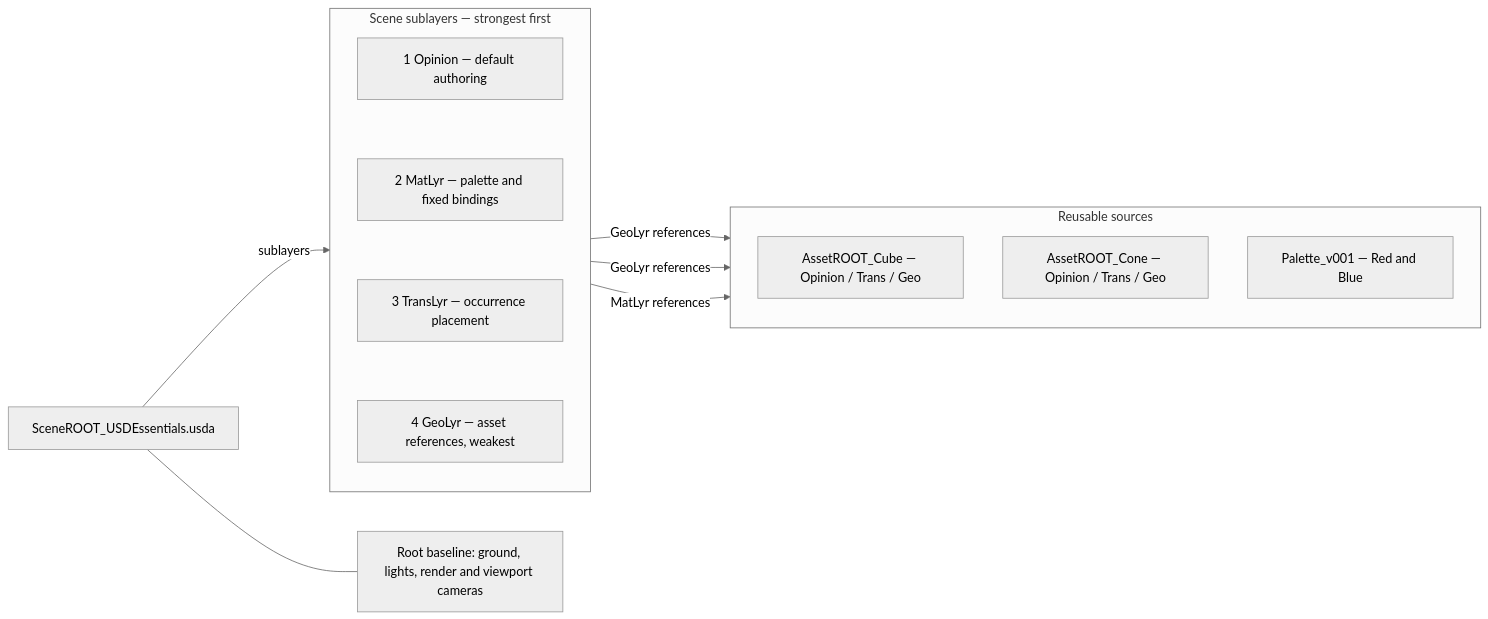
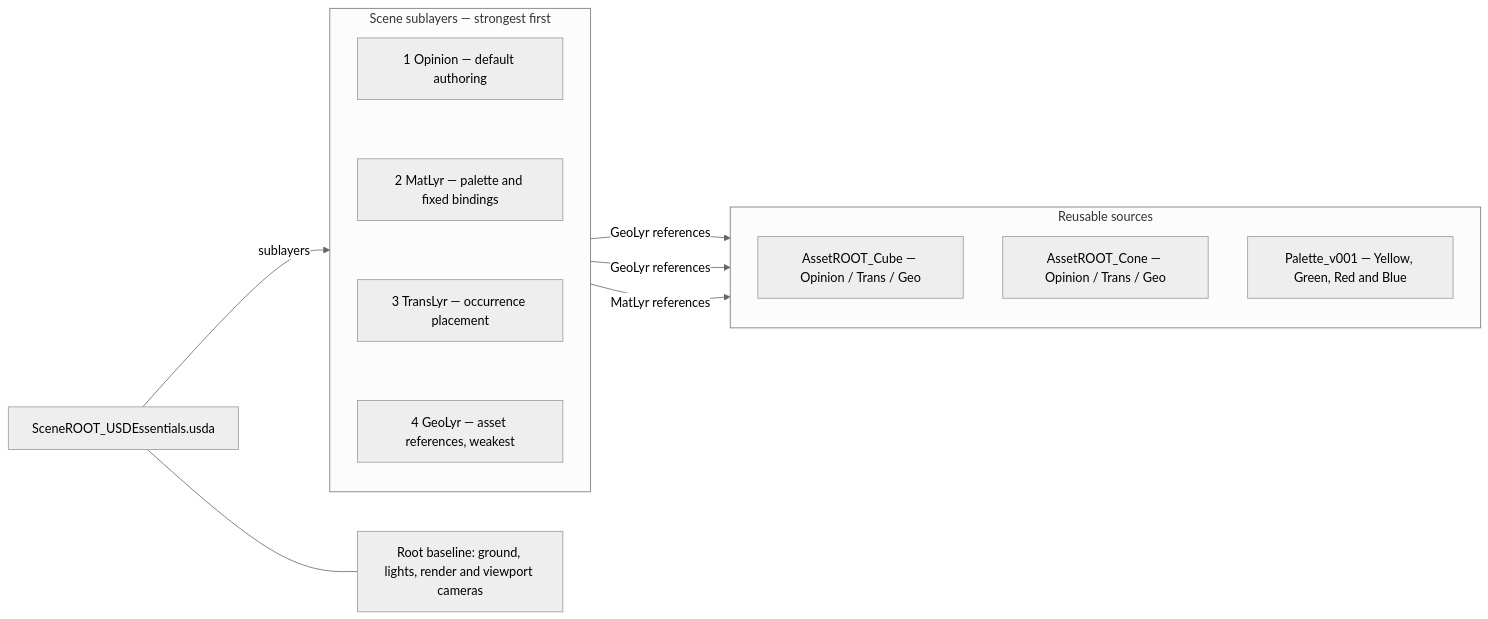
One commit to jph2/OpenUSD_GoodStart_CompositionContract changed the diagram in examples/02_USDEssentials_Minimal/README.md. Above: the diagram before and after it, drawn with Mermaid (neutral theme). The commit also changed other lines of this file and 11 other files, not shown here.

````diff
--- a/examples/02_USDEssentials_Minimal/README.md
+++ b/examples/02_USDEssentials_Minimal/README.md
@@ -86,26 +106,26 @@
 ```mermaid
 flowchart LR
     R["SceneROOT_USDEssentials.usda"]
     subgraph STACK["Scene sublayers — strongest first"]
         direction TB
         O["1 Opinion — default authoring"]
         M["2 MatLyr — palette and fixed bindings"]
         T["3 TransLyr — occurrence placement"]
         G["4 GeoLyr — asset references, weakest"]
         O ~~~ M
         M ~~~ T
         T ~~~ G
     end
     subgraph SOURCES["Reusable sources"]
         direction TB
         C["AssetROOT_Cube — Opinion / Trans / Geo"]
         N["AssetROOT_Cone — Opinion / Trans / Geo"]
-        P["Palette_v001 — Red and Blue"]
+        P["Palette_v001 — Yellow, Green, Red and Blue"]
     end
     B["Root baseline: ground, lights, render and viewport cameras"]
     R --- B
     R -->|sublayers| STACK
     STACK -->|GeoLyr references| C
     STACK -->|GeoLyr references| N
     STACK -->|MatLyr references| P
 ```
````
